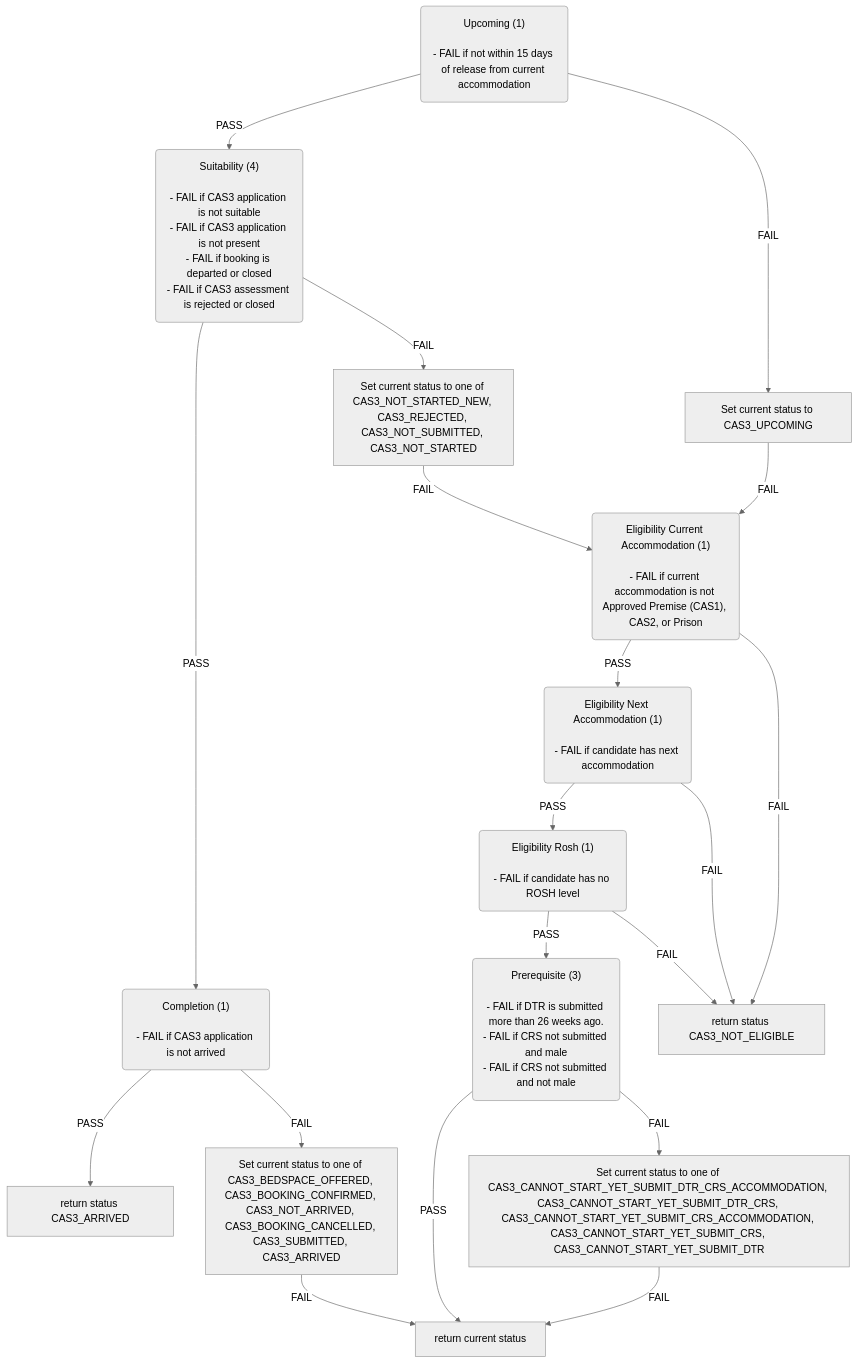
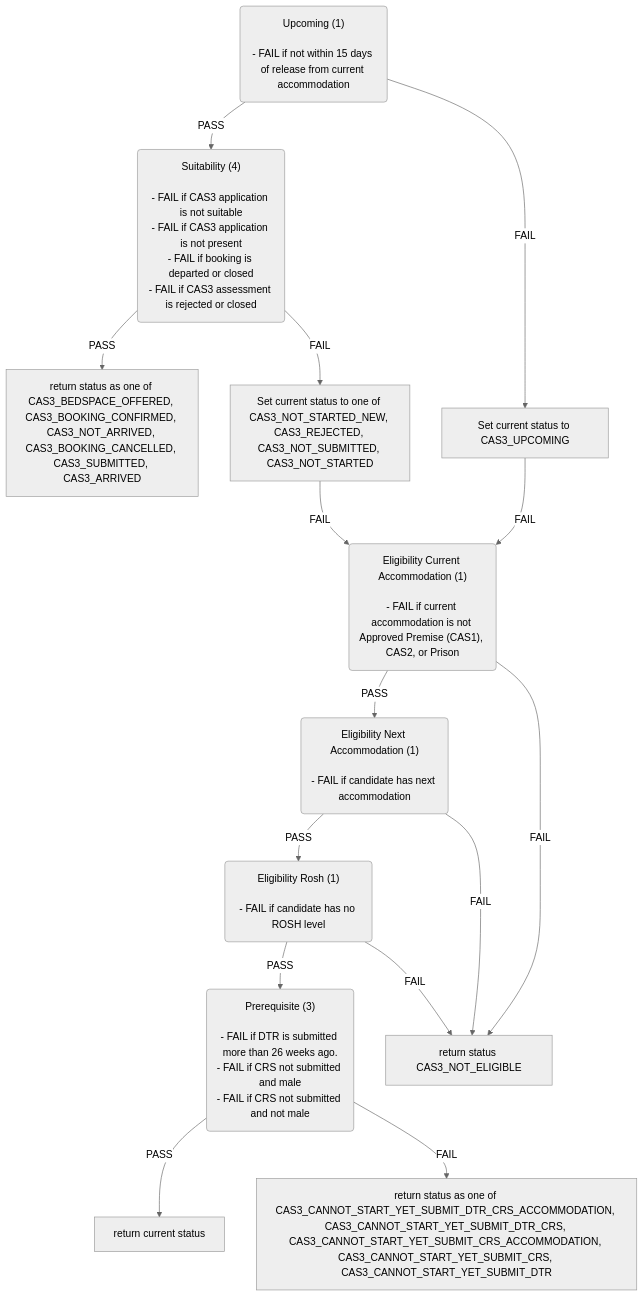
One commit to ministryofjustice/hmpps-single-accommodation-service-api changed the third of 6 diagrams in docs/eligibility-rules-graph.md. Above: the diagram before and after it, drawn with Mermaid (neutral theme). The commit also changed other lines of this file and 30 other files, not shown here.

````diff
--- a/docs/eligibility-rules-graph.md
+++ b/docs/eligibility-rules-graph.md
@@ -253,54 +238,46 @@
 ```mermaid
 flowchart TD
   Upcoming("Upcoming (1)
 
 - FAIL if not within 15 days of release from current accommodation")
   Suitability("Suitability (4)
 
 - FAIL if CAS3 application is not suitable
 - FAIL if CAS3 application is not present
 - FAIL if booking is departed or closed
 - FAIL if CAS3 assessment is rejected or closed")
-  Completion("Completion (1)
-
-- FAIL if CAS3 application is not arrived")
-  return_status_CAS3_ARRIVED["return status CAS3_ARRIVED"]
-  Set_current_status_to_one_of_CAS3_BEDSPACE_OFFERED__CAS3_BOOKING_CONFIRMED__CAS3_NOT_ARRIVED__CAS3_BOOKING_CANCELLED__CAS3_SUBMITTED__CAS3_ARRIVED["Set current status to one of CAS3_BEDSPACE_OFFERED, CAS3_BOOKING_CONFIRMED, CAS3_NOT_ARRIVED, CAS3_BOOKING_CANCELLED, CAS3_SUBMITTED, CAS3_ARRIVED"]
-  return_current_status["return current status"]
+  return_status_as_one_of_CAS3_BEDSPACE_OFFERED__CAS3_BOOKING_CONFIRMED__CAS3_NOT_ARRIVED__CAS3_BOOKING_CANCELLED__CAS3_SUBMITTED__CAS3_ARRIVED["return status as one of CAS3_BEDSPACE_OFFERED, CAS3_BOOKING_CONFIRMED, CAS3_NOT_ARRIVED, CAS3_BOOKING_CANCELLED, CAS3_SUBMITTED, CAS3_ARRIVED"]
   Set_current_status_to_one_of_CAS3_NOT_STARTED_NEW__CAS3_REJECTED__CAS3_NOT_SUBMITTED__CAS3_NOT_STARTED["Set current status to one of CAS3_NOT_STARTED_NEW, CAS3_REJECTED, CAS3_NOT_SUBMITTED, CAS3_NOT_STARTED"]
   Eligibility_Current_Accommodation("Eligibility Current Accommodation (1)
 
 - FAIL if current accommodation is not Approved Premise (CAS1), CAS2, or Prison")
   Eligibility_Next_Accommodation("Eligibility Next Accommodation (1)
 
 - FAIL if candidate has next accommodation")
   Eligibility_Rosh("Eligibility Rosh (1)
 
 - FAIL if candidate has no ROSH level")
   Prerequisite("Prerequisite (3)
 
 - FAIL if DTR is submitted more than 26 weeks ago.
 - FAIL if CRS not submitted and male
 - FAIL if CRS not submitted and not male")
-  Set_current_status_to_one_of_CAS3_CANNOT_START_YET_SUBMIT_DTR_CRS_ACCOMMODATION__CAS3_CANNOT_START_YET_SUBMIT_DTR_CRS__CAS3_CANNOT_START_YET_SUBMIT_CRS_ACCOMMODATION__CAS3_CANNOT_START_YET_SUBMIT_CRS__CAS3_CANNOT_START_YET_SUBMIT_DTR["Set current status to one of CAS3_CANNOT_START_YET_SUBMIT_DTR_CRS_ACCOMMODATION, CAS3_CANNOT_START_YET_SUBMIT_DTR_CRS, CAS3_CANNOT_START_YET_SUBMIT_CRS_ACCOMMODATION, CAS3_CANNOT_START_YET_SUBMIT_CRS, CAS3_CANNOT_START_YET_SUBMIT_DTR"]
+  return_current_status["return current status"]
+  return_status_as_one_of_CAS3_CANNOT_START_YET_SUBMIT_DTR_CRS_ACCOMMODATION__CAS3_CANNOT_START_YET_SUBMIT_DTR_CRS__CAS3_CANNOT_START_YET_SUBMIT_CRS_ACCOMMODATION__CAS3_CANNOT_START_YET_SUBMIT_CRS__CAS3_CANNOT_START_YET_SUBMIT_DTR["return status as one of CAS3_CANNOT_START_YET_SUBMIT_DTR_CRS_ACCOMMODATION, CAS3_CANNOT_START_YET_SUBMIT_DTR_CRS, CAS3_CANNOT_START_YET_SUBMIT_CRS_ACCOMMODATION, CAS3_CANNOT_START_YET_SUBMIT_CRS, CAS3_CANNOT_START_YET_SUBMIT_DTR"]
   return_status_CAS3_NOT_ELIGIBLE["return status CAS3_NOT_ELIGIBLE"]
   Set_current_status_to_CAS3_UPCOMING["Set current status to CAS3_UPCOMING"]
-  Completion -->|PASS| return_status_CAS3_ARRIVED
-  Completion -->|FAIL| Set_current_status_to_one_of_CAS3_BEDSPACE_OFFERED__CAS3_BOOKING_CONFIRMED__CAS3_NOT_ARRIVED__CAS3_BOOKING_CANCELLED__CAS3_SUBMITTED__CAS3_ARRIVED
-  Set_current_status_to_one_of_CAS3_BEDSPACE_OFFERED__CAS3_BOOKING_CONFIRMED__CAS3_NOT_ARRIVED__CAS3_BOOKING_CANCELLED__CAS3_SUBMITTED__CAS3_ARRIVED -->|FAIL| return_current_status
-  Suitability -->|PASS| Completion
+  Suitability -->|PASS| return_status_as_one_of_CAS3_BEDSPACE_OFFERED__CAS3_BOOKING_CONFIRMED__CAS3_NOT_ARRIVED__CAS3_BOOKING_CANCELLED__CAS3_SUBMITTED__CAS3_ARRIVED
   Suitability -->|FAIL| Set_current_status_to_one_of_CAS3_NOT_STARTED_NEW__CAS3_REJECTED__CAS3_NOT_SUBMITTED__CAS3_NOT_STARTED
   Prerequisite -->|PASS| return_current_status
-  Prerequisite -->|FAIL| Set_current_status_to_one_of_CAS3_CANNOT_START_YET_SUBMIT_DTR_CRS_ACCOMMODATION__CAS3_CANNOT_START_YET_SUBMIT_DTR_CRS__CAS3_CANNOT_START_YET_SUBMIT_CRS_ACCOMMODATION__CAS3_CANNOT_START_YET_SUBMIT_CRS__CAS3_CANNOT_START_YET_SUBMIT_DTR
-  Set_current_status_to_one_of_CAS3_CANNOT_START_YET_SUBMIT_DTR_CRS_ACCOMMODATION__CAS3_CANNOT_START_YET_SUBMIT_DTR_CRS__CAS3_CANNOT_START_YET_SUBMIT_CRS_ACCOMMODATION__CAS3_CANNOT_START_YET_SUBMIT_CRS__CAS3_CANNOT_START_YET_SUBMIT_DTR -->|FAIL| return_current_status
+  Prerequisite -->|FAIL| return_status_as_one_of_CAS3_CANNOT_START_YET_SUBMIT_DTR_CRS_ACCOMMODATION__CAS3_CANNOT_START_YET_SUBMIT_DTR_CRS__CAS3_CANNOT_START_YET_SUBMIT_CRS_ACCOMMODATION__CAS3_CANNOT_START_YET_SUBMIT_CRS__CAS3_CANNOT_START_YET_SUBMIT_DTR
   Eligibility_Rosh -->|PASS| Prerequisite
   Eligibility_Rosh -->|FAIL| return_status_CAS3_NOT_ELIGIBLE
   Eligibility_Next_Accommodation -->|PASS| Eligibility_Rosh
   Eligibility_Next_Accommodation -->|FAIL| return_status_CAS3_NOT_ELIGIBLE
   Eligibility_Current_Accommodation -->|PASS| Eligibility_Next_Accommodation
   Eligibility_Current_Accommodation -->|FAIL| return_status_CAS3_NOT_ELIGIBLE
   Set_current_status_to_one_of_CAS3_NOT_STARTED_NEW__CAS3_REJECTED__CAS3_NOT_SUBMITTED__CAS3_NOT_STARTED -->|FAIL| Eligibility_Current_Accommodation
   Upcoming -->|PASS| Suitability
   Upcoming -->|FAIL| Set_current_status_to_CAS3_UPCOMING
   Set_current_status_to_CAS3_UPCOMING -->|FAIL| Eligibility_Current_Accommodation
 ```
````
